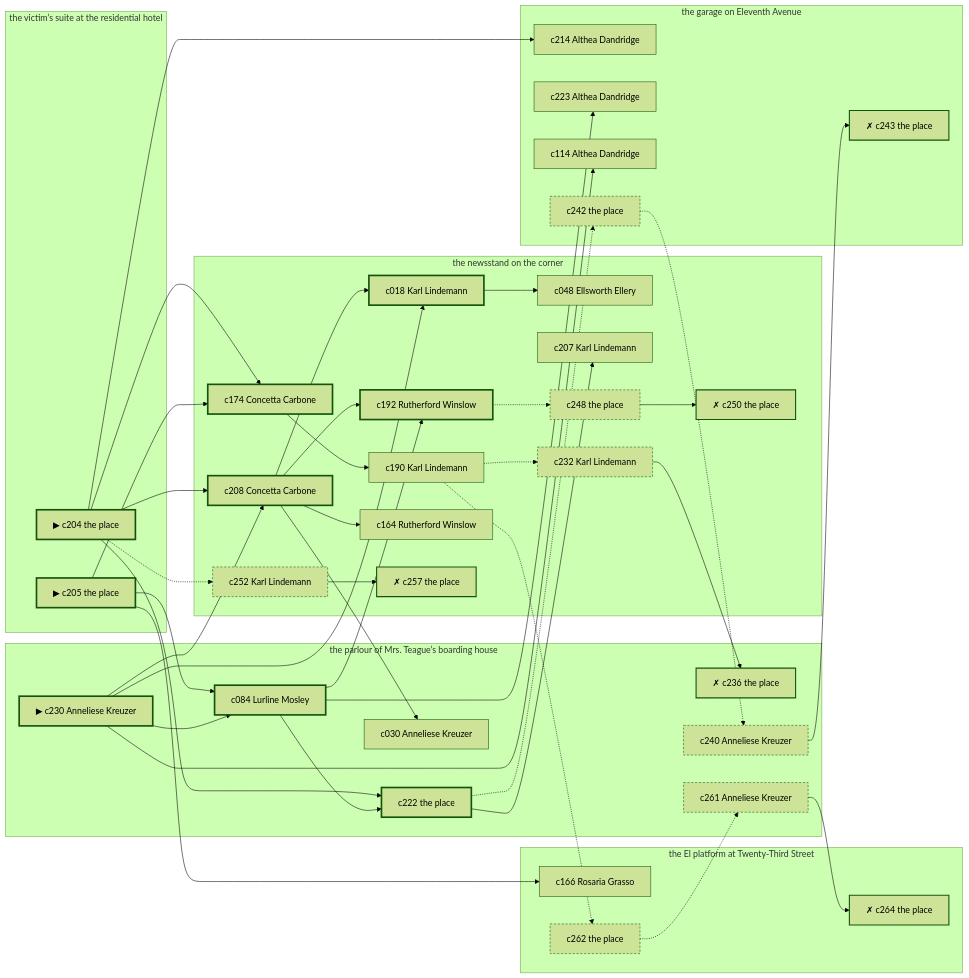
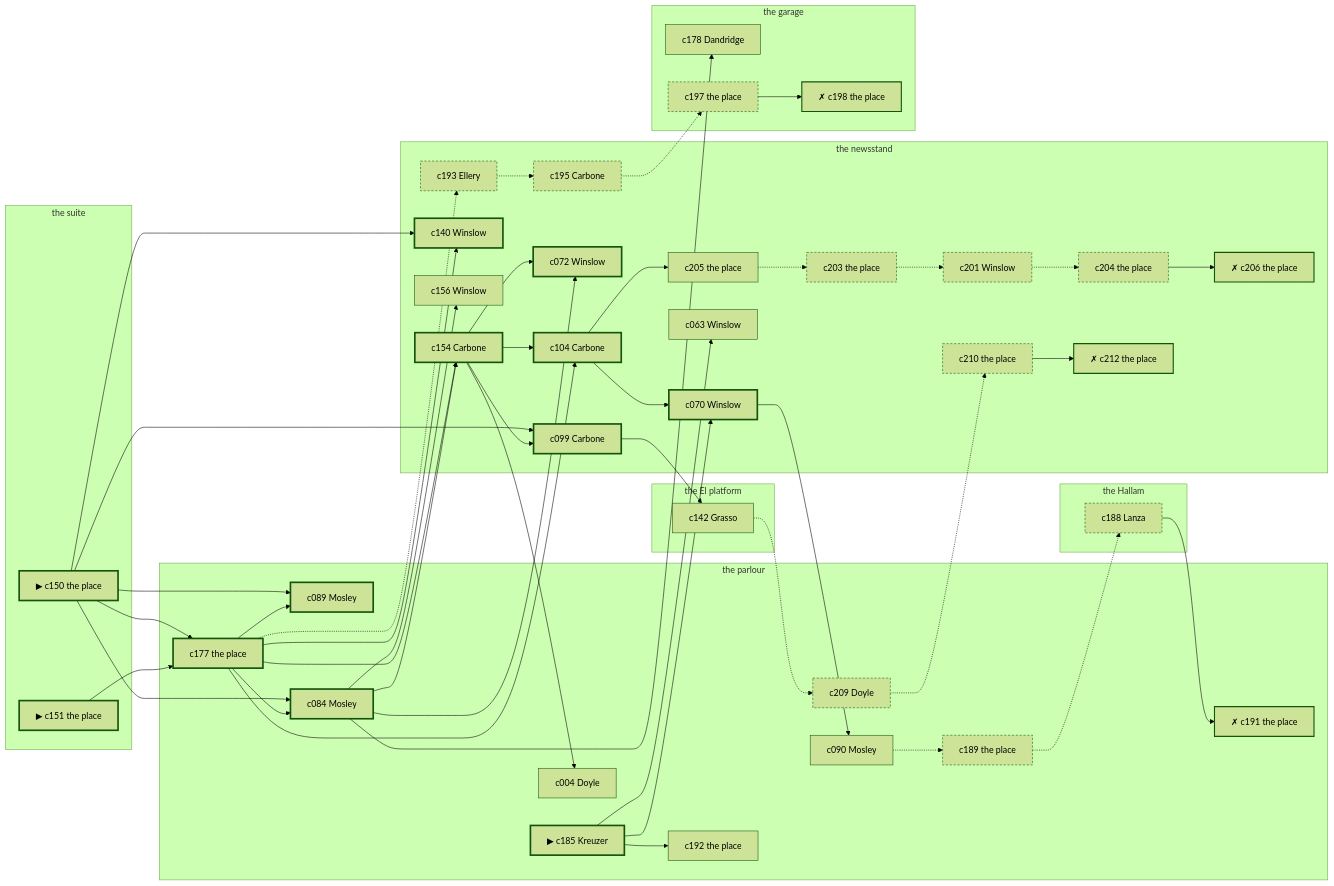
The diagram in docs/samples/case-9.md (lyamshin/dashiell), drawn with Mermaid (forest theme) before and after one commit. The commit also changed other lines of this file and 60 other files, not shown here.

````diff
--- a/docs/samples/case-9.md
+++ b/docs/samples/case-9.md
@@ -304,84 +319,97 @@
 ```mermaid
 graph LR
-  subgraph P1["the parlour of Mrs. Teague’s boarding house"]
-    c230["▶ c230 Anneliese Kreuzer"]
-    c084["c084 Lurline Mosley"]
-    c222["c222 the place"]
-    c030["c030 Anneliese Kreuzer"]
-    c236["✗ c236 the place"]
-    c240["c240 Anneliese Kreuzer"]
-    c261["c261 Anneliese Kreuzer"]
+  subgraph P1["the parlour"]
+    c185["▶ c185 Kreuzer"]
+    c177["c177 the place"]
+    c089["c089 Mosley"]
+    c084["c084 Mosley"]
+    c004["c004 Doyle"]
+    c090["c090 Mosley"]
+    c192["c192 the place"]
+    c189["c189 the place"]
+    c191["✗ c191 the place"]
+    c209["c209 Doyle"]
   end
-  subgraph P2["the El platform at Twenty-Third Street"]
-    c166["c166 Rosaria Grasso"]
-    c262["c262 the place"]
-    c264["✗ c264 the place"]
+  subgraph P2["the El platform"]
+    c142["c142 Grasso"]
   end
-  subgraph P3["the newsstand on the corner"]
-    c174["c174 Concetta Carbone"]
-    c208["c208 Concetta Carbone"]
-    c192["c192 Rutherford Winslow"]
-    c018["c018 Karl Lindemann"]
-    c190["c190 Karl Lindemann"]
-    c164["c164 Rutherford Winslow"]
-    c048["c048 Ellsworth Ellery"]
-    c207["c207 Karl Lindemann"]
-    c232["c232 Karl Lindemann"]
-    c248["c248 the place"]
-    c250["✗ c250 the place"]
-    c252["c252 Karl Lindemann"]
-    c257["✗ c257 the place"]
+  subgraph P3["the newsstand"]
+    c154["c154 Carbone"]
+    c140["c140 Winslow"]
+    c104["c104 Carbone"]
+    c070["c070 Winslow"]
+    c072["c072 Winslow"]
+    c099["c099 Carbone"]
+    c156["c156 Winslow"]
+    c063["c063 Winslow"]
+    c205["c205 the place"]
+    c203["c203 the place"]
+    c201["c201 Winslow"]
+    c204["c204 the place"]
+    c206["✗ c206 the place"]
+    c193["c193 Ellery"]
+    c195["c195 Carbone"]
+    c210["c210 the place"]
+    c212["✗ c212 the place"]
   end
-  subgraph P4["the garage on Eleventh Avenue"]
-    c214["c214 Althea Dandridge"]
-    c223["c223 Althea Dandridge"]
-    c114["c114 Althea Dandridge"]
-    c242["c242 the place"]
-    c243["✗ c243 the place"]
+  subgraph P4["the Hallam"]
+    c188["c188 Lanza"]
   end
-  subgraph P5["the victim’s suite at the residential hotel"]
-    c204["▶ c204 the place"]
-    c205["▶ c205 the place"]
+  subgraph P5["the garage"]
+    c178["c178 Dandridge"]
+    c197["c197 the place"]
+    c198["✗ c198 the place"]
   end
-  c204 --> c174
-  c204 --> c208
-  c204 --> c222
-  c204 --> c214
-  c204 -.-> c252
-  c205 --> c174
-  c205 --> c084
-  c205 --> c166
-  c230 --> c084
-  c230 --> c208
-  c230 --> c018
-  c230 --> c114
-  c174 --> c190
-  c084 --> c192
-  c084 --> c222
-  c084 --> c223
-  c208 --> c192
-  c208 --> c018
-  c208 --> c164
-  c208 --> c030
-  c192 -.-> c248
-  c018 --> c048
-  c222 --> c207
-  c222 -.-> c242
-  c190 -.-> c232
-  c190 -.-> c262
-  c232 --> c236
-  c242 -.-> c240
-  c240 --> c243
-  c262 -.-> c261
-  c261 --> c264
-  c248 --> c250
-  c252 --> c257
+  subgraph P6["the suite"]
+    c150["▶ c150 the place"]
+    c151["▶ c151 the place"]
+  end
+  c150 --> c177
+  c150 --> c089
+  c150 --> c084
+  c150 --> c140
+  c150 --> c099
+  c151 --> c177
+  c185 --> c070
+  c185 --> c192
+  c185 --> c063
+  c177 --> c089
+  c177 --> c084
+  c177 --> c154
+  c177 --> c140
+  c177 --> c104
+  c177 -.-> c193
+  c084 --> c154
+  c084 --> c072
+  c084 --> c178
+  c084 --> c156
+  c154 --> c104
+  c154 --> c072
+  c154 --> c099
+  c154 --> c004
+  c104 --> c070
+  c104 --> c205
+  c070 --> c090
+  c099 --> c142
+  c142 -.-> c209
+  c090 -.-> c189
+  c205 -.-> c203
+  c203 -.-> c201
+  c201 -.-> c204
+  c204 --> c206
+  c193 -.-> c195
+  c195 -.-> c197
+  c197 --> c198
+  c189 -.-> c188
+  c188 --> c191
+  c209 -.-> c210
+  c210 --> c212
   classDef spine stroke-width:3px;
   classDef corrob stroke-width:1px;
   classDef noise stroke-dasharray: 4 3;
   classDef disq stroke-width:2px,stroke-dasharray: 1 0;
-  class c204,c205,c230,c174,c084,c208,c192,c018,c222 spine;
-  class c166,c214,c190,c223,c164,c048,c114,c207,c030 corrob;
-  class c232,c242,c240,c262,c261,c248,c252 noise;
-  class c236,c243,c264,c250,c257 disq;
+  class c150,c151,c185,c177,c089,c084,c154,c140,c104,c070,c072,c099 spine;
+  class c178,c142,c156,c004,c090,c192,c063,c205 corrob;
+  class c203,c201,c204,c193,c195,c197,c189,c188,c209,c210 noise;
+  class c206,c198,c191,c212 disq;
 ```
````
